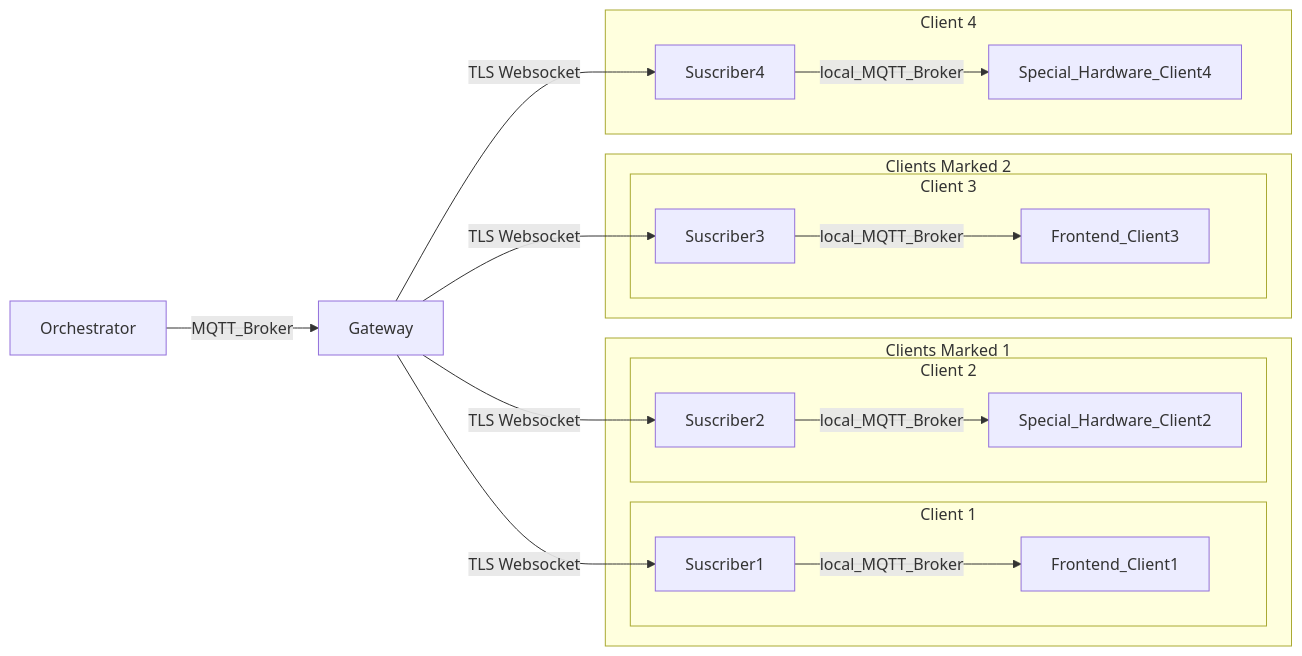
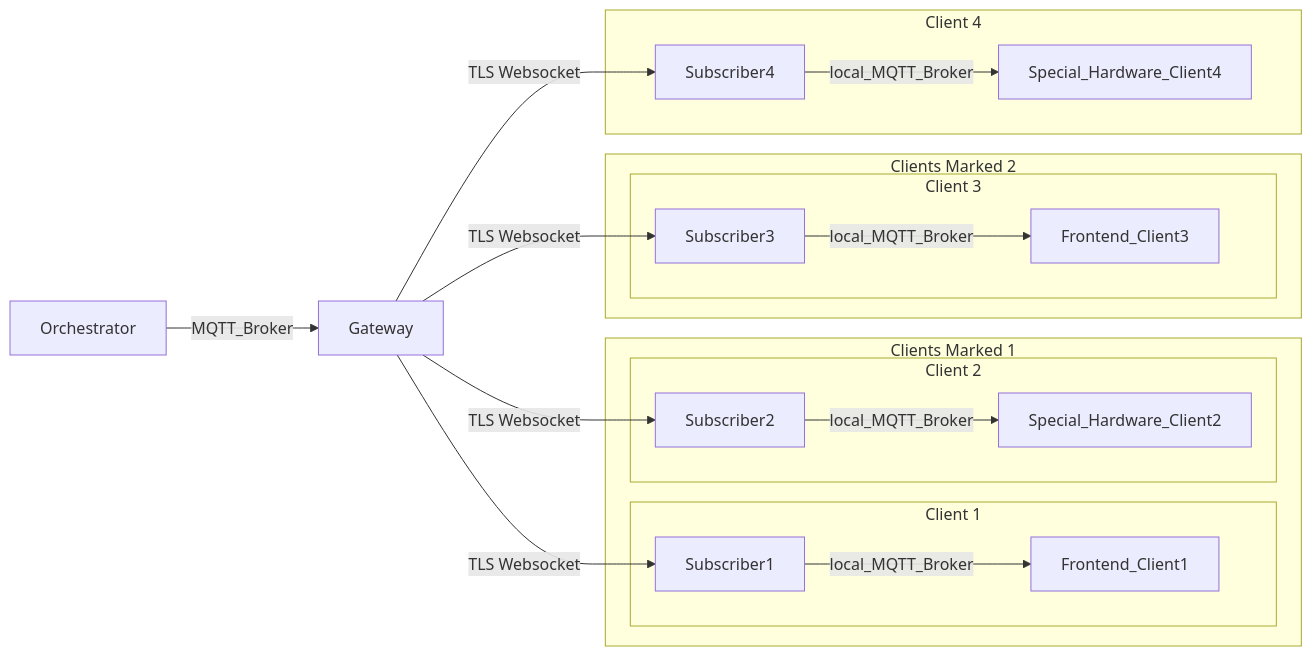
One commit to mgonzalezperna/lamarrs changed the first of 2 diagrams in docs/architecture_document.md. Above: the diagram before and after it, drawn with Mermaid. The commit also changed other lines of this file, not shown here.

Commit message:
add docs on the new architecture of the server, fix minor typos

````diff
--- a/docs/architecture_document.md
+++ b/docs/architecture_document.md
@@ -19,25 +19,25 @@
 ```mermaid
 graph LR
     Orchestrator --MQTT_Broker--> Gateway
-    Gateway --TLS Websocket--> Suscriber1
-    Gateway --TLS Websocket--> Suscriber2
-    Gateway --TLS Websocket--> Suscriber3
-    Gateway --TLS Websocket--> Suscriber4
+    Gateway --TLS Websocket--> Subscriber1
+    Gateway --TLS Websocket--> Subscriber2
+    Gateway --TLS Websocket--> Subscriber3
+    Gateway --TLS Websocket--> Subscriber4
 
     subgraph "Clients Marked 1"
         subgraph "Client 1"
-            Suscriber1--local_MQTT_Broker --> Frontend_Client1
+            Subscriber1--local_MQTT_Broker --> Frontend_Client1
         end
         subgraph "Client 2"
-            Suscriber2--local_MQTT_Broker --> Special_Hardware_Client2
+            Subscriber2--local_MQTT_Broker --> Special_Hardware_Client2
         end
     end
     subgraph "Clients Marked 2"
         subgraph "Client 3"
-            Suscriber3-- local_MQTT_Broker --> Frontend_Client3
+            Subscriber3-- local_MQTT_Broker --> Frontend_Client3
         end
     end
     subgraph "Client 4"
-        Suscriber4-- local_MQTT_Broker --> Special_Hardware_Client4
+        Subscriber4-- local_MQTT_Broker --> Special_Hardware_Client4
     end
 ```
````
